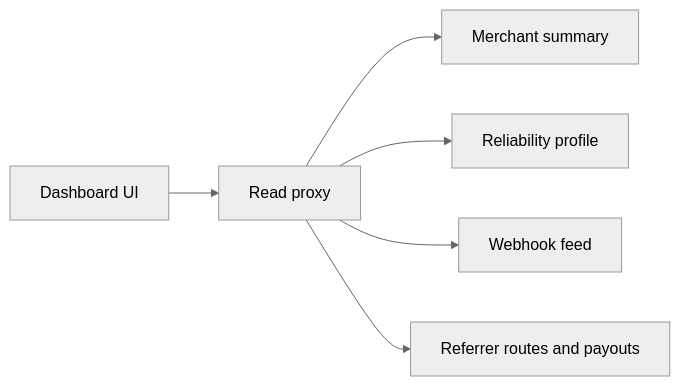
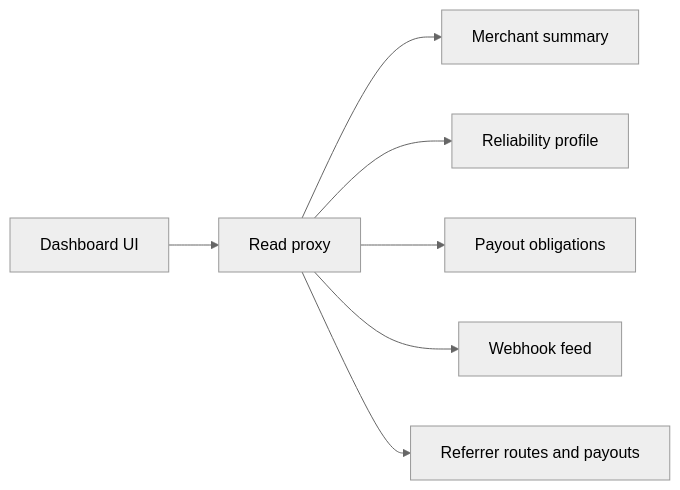
One commit to split402protocol/splitx402 changed the second of 2 diagrams in docs/PHASE_7.md. Above: the diagram before and after it, drawn with Mermaid (neutral theme). The commit also changed other lines of this file and 14 other files, not shown here.

````diff
--- a/docs/PHASE_7.md
+++ b/docs/PHASE_7.md
@@ -53,15 +54,17 @@
 ```mermaid
 flowchart LR
   Browser["Dashboard UI"]
   Proxy["Read proxy"]
   Summary["Merchant summary"]
   Reliability["Reliability profile"]
+  Obligations["Payout obligations"]
   Webhooks["Webhook feed"]
   Referrer["Referrer routes and payouts"]
 
   Browser --> Proxy
   Proxy --> Summary
   Proxy --> Reliability
+  Proxy --> Obligations
   Proxy --> Webhooks
   Proxy --> Referrer
 ```
````
